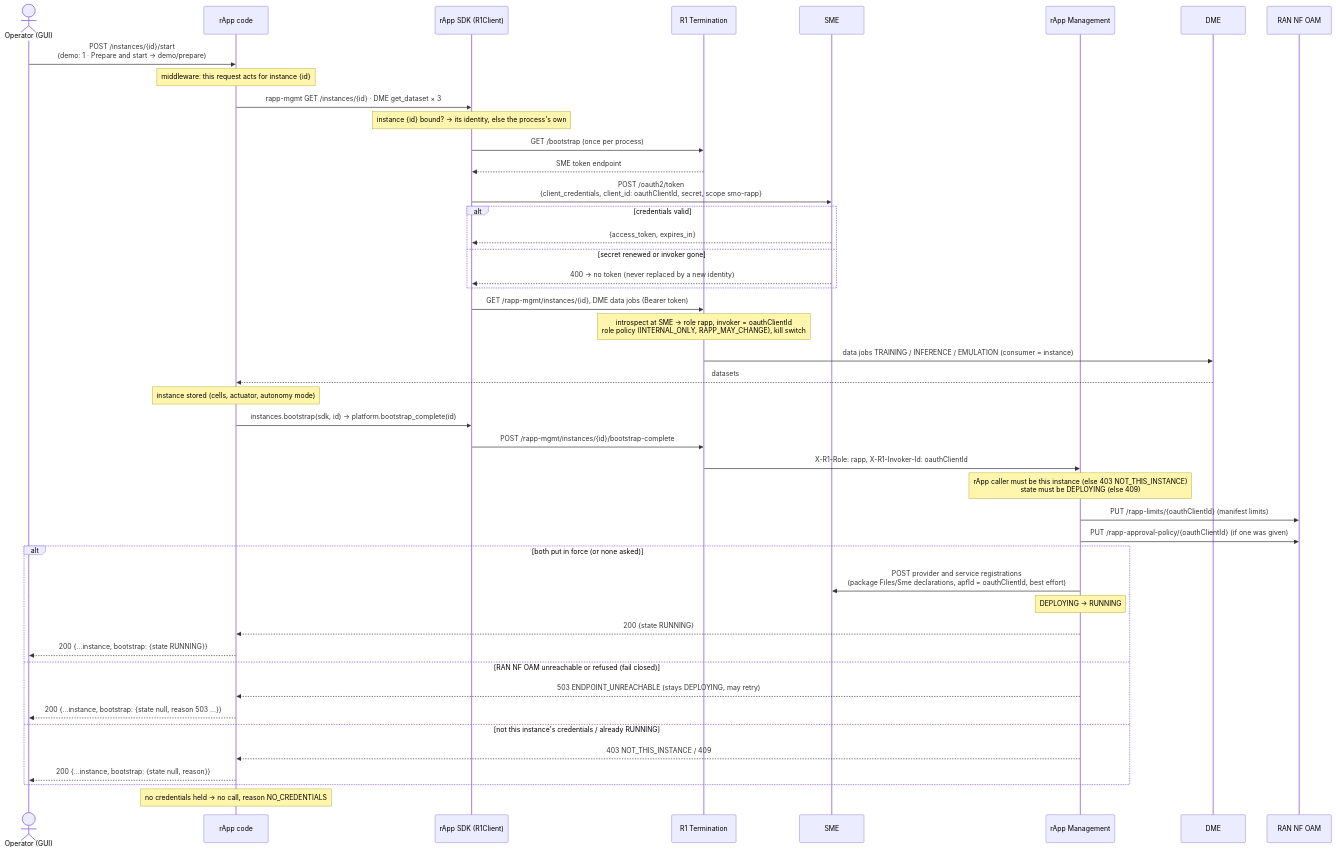
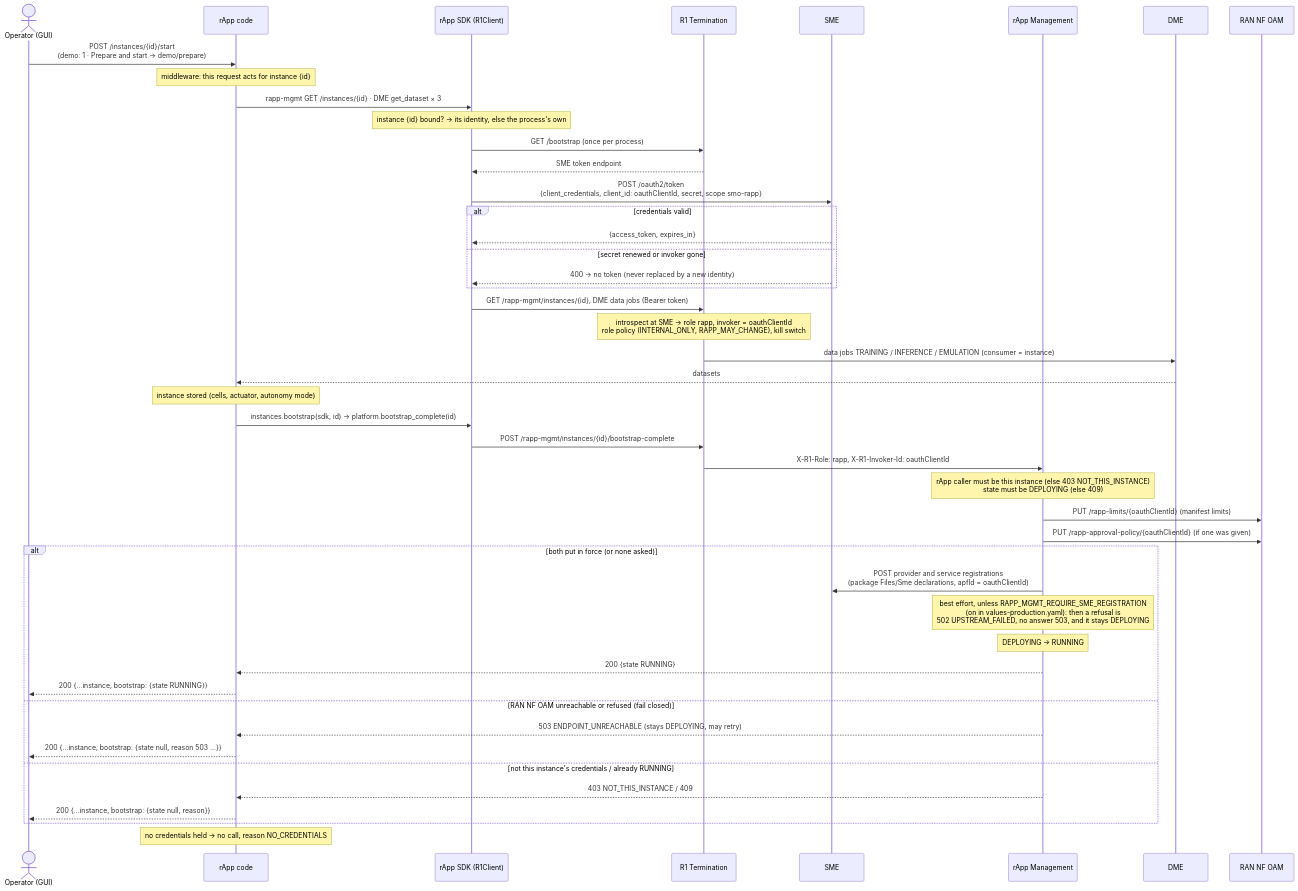
The fourth of 5 diagrams in smo/docs/call-flows/01-rapp-onboarding-to-deployment.md (rsys-bshankar/ai-ran-smo), drawn with Mermaid before and after one commit. The commit also changed other lines of this file and 47 other files, not shown here.

First line of the commit message:
Flow 01 review: upload a CSAR from the console, the rApp's address from the manifest, production settings (DOC-CF-1.1 review)

````diff
--- a/smo/docs/call-flows/01-rapp-onboarding-to-deployment.md
+++ b/smo/docs/call-flows/01-rapp-onboarding-to-deployment.md
@@ -161,48 +167,49 @@
 ```mermaid
 sequenceDiagram
     actor Op as Operator (GUI)
     participant App as rApp code
     participant SDK as rApp SDK (R1Client)
     participant R1 as R1 Termination
     participant SME as SME
     participant RM as rApp Management
     participant DME as DME
     participant OAM as RAN NF OAM
 
     Op->>App: POST /instances/{id}/start<br/>(demo: 1 · Prepare and start → demo/prepare)
     Note over App: middleware: this request acts for instance {id}
     App->>SDK: rapp-mgmt GET /instances/{id} · DME get_dataset × 3
     Note over SDK: instance {id} bound? → its identity, else the process's own
     SDK->>R1: GET /bootstrap (once per process)
     R1-->>SDK: SME token endpoint
     SDK->>SME: POST /oauth2/token<br/>{client_credentials, client_id: oauthClientId, secret, scope smo-rapp}
     alt credentials valid
         SME-->>SDK: {access_token, expires_in}
     else secret renewed or invoker gone
         SME-->>SDK: 400 → no token (never replaced by a new identity)
     end
     SDK->>R1: GET /rapp-mgmt/instances/{id}, DME data jobs (Bearer token)
     Note over R1: introspect at SME → role rapp, invoker = oauthClientId<br/>role policy (INTERNAL_ONLY, RAPP_MAY_CHANGE), kill switch
     R1->>DME: data jobs TRAINING / INFERENCE / EMULATION (consumer = instance)
     DME-->>App: datasets
     Note over App: instance stored (cells, actuator, autonomy mode)
     App->>SDK: instances.bootstrap(sdk, id) → platform.bootstrap_complete(id)
     SDK->>R1: POST /rapp-mgmt/instances/{id}/bootstrap-complete
     R1->>RM: X-R1-Role: rapp, X-R1-Invoker-Id: oauthClientId
     Note over RM: rApp caller must be this instance (else 403 NOT_THIS_INSTANCE)<br/>state must be DEPLOYING (else 409)
     RM->>OAM: PUT /rapp-limits/{oauthClientId} (manifest limits)
     RM->>OAM: PUT /rapp-approval-policy/{oauthClientId} (if one was given)
     alt both put in force (or none asked)
-        RM->>SME: POST provider and service registrations<br/>(package Files/Sme declarations, apfId = oauthClientId, best effort)
+        RM->>SME: POST provider and service registrations<br/>(package Files/Sme declarations, apfId = oauthClientId)
+        Note over RM: best effort, unless RAPP_MGMT_REQUIRE_SME_REGISTRATION<br/>(on in values-production.yaml): then a refusal is<br/>502 UPSTREAM_FAILED, no answer 503, and it stays DEPLOYING
         Note over RM: DEPLOYING → RUNNING
         RM-->>App: 200 {state RUNNING}
         App-->>Op: 200 {…instance, bootstrap: {state RUNNING}}
     else RAN NF OAM unreachable or refused (fail closed)
         RM-->>App: 503 ENDPOINT_UNREACHABLE (stays DEPLOYING, may retry)
         App-->>Op: 200 {…instance, bootstrap: {state null, reason 503 …}}
     else not this instance's credentials / already RUNNING
         RM-->>App: 403 NOT_THIS_INSTANCE / 409
         App-->>Op: 200 {…instance, bootstrap: {state null, reason}}
     end
     Note over App: no credentials held → no call, reason NO_CREDENTIALS
 ```
````
